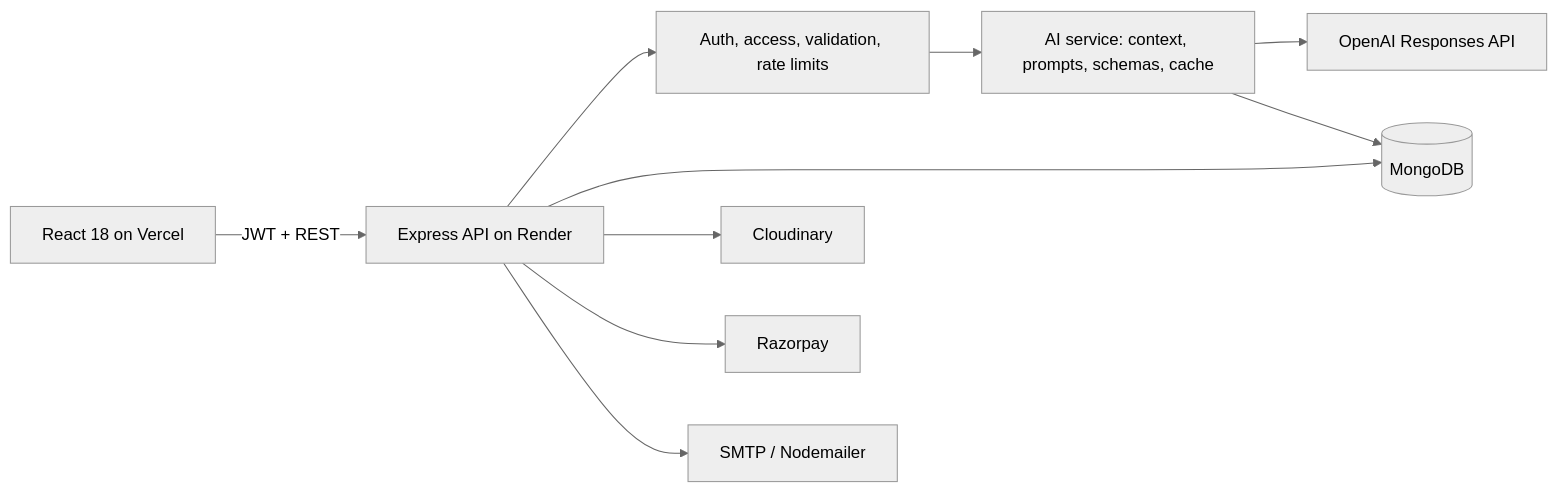
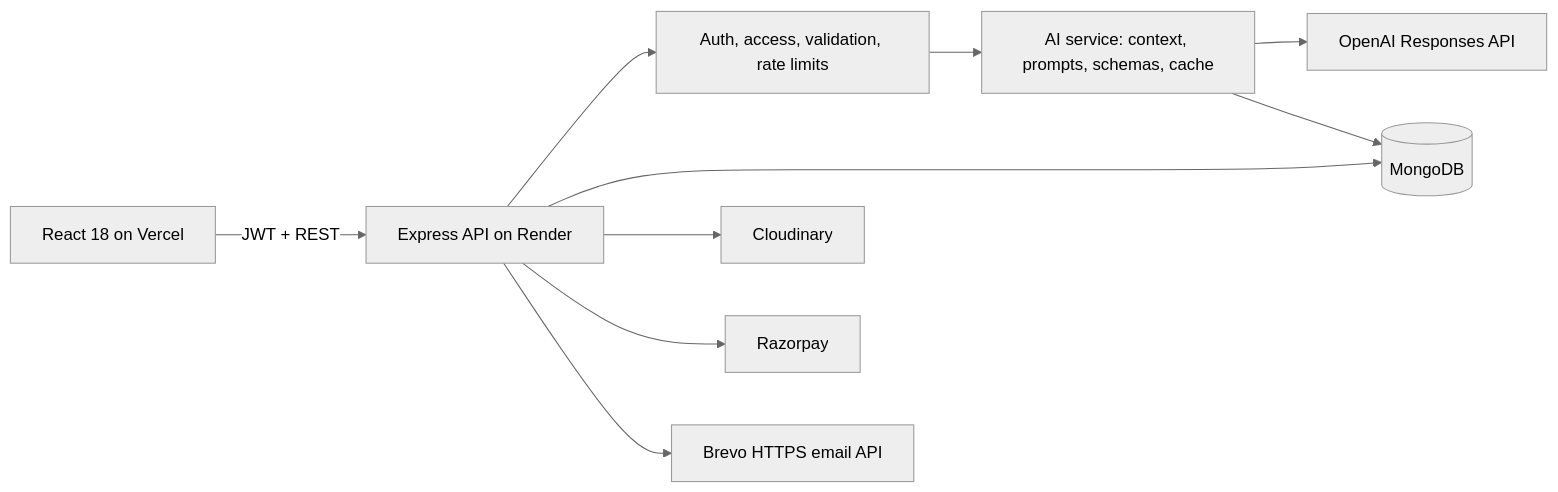
One commit to Himansh1997/StudyNotion-AI changed the diagram in README.md. Above: the diagram before and after it, drawn with Mermaid (neutral theme). The commit also changed other lines of this file and 6 other files, not shown here.

Commit message:
fix: replace SMTP with Brevo HTTPS email

````diff
--- a/README.md
+++ b/README.md
@@ -7,12 +7,12 @@
 ```mermaid
 flowchart LR
   Browser["React 18 on Vercel"] -->|"JWT + REST"| API["Express API on Render"]
   API --> Auth["Auth, access, validation, rate limits"]
   API --> Mongo[("MongoDB")]
   API --> Cloudinary["Cloudinary"]
   API --> Razorpay["Razorpay"]
-  API --> Mail["SMTP / Nodemailer"]
+  API --> Mail["Brevo HTTPS email API"]
   Auth --> AI["AI service: context, prompts, schemas, cache"]
   AI --> OpenAI["OpenAI Responses API"]
   AI --> Mongo
 ```
````
